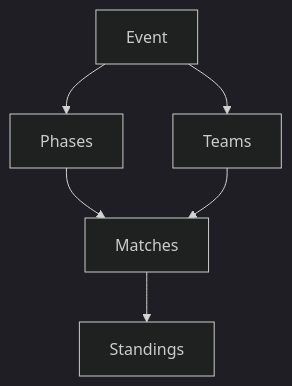
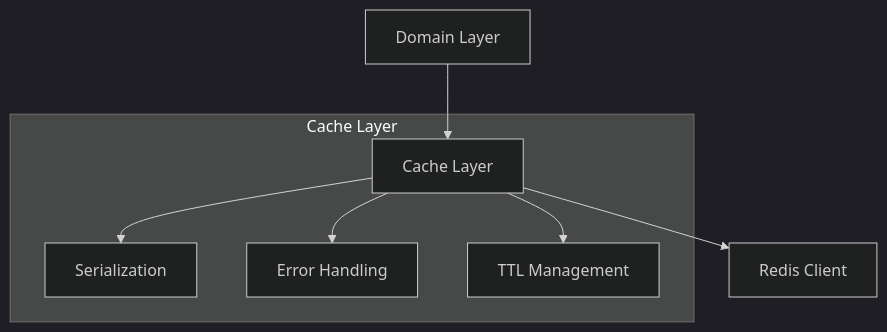
Before and after one commit to tonglam/letletme_data: the first of 2 diagrams in documentation/design/Redis_Cache.md, drawn with Mermaid (dark theme). The commit also changed other lines of this file and 36 other files, not shown here.

````diff
--- a/documentation/design/Redis_Cache.md
+++ b/documentation/design/Redis_Cache.md
@@ -110,8 +26,11 @@
 ```mermaid
 graph TD
-    A[Event] --> B[Phases]
-    A --> C[Teams]
-    B --> D[Matches]
-    C --> D
-    D --> E[Standings]
+    A[Domain Layer] --> B[Cache Layer]
+    B --> C[Redis Client]
+
+    subgraph "Cache Layer"
+        B --> D[Serialization]
+        B --> E[Error Handling]
+        B --> F[TTL Management]
+    end
 ```
````
